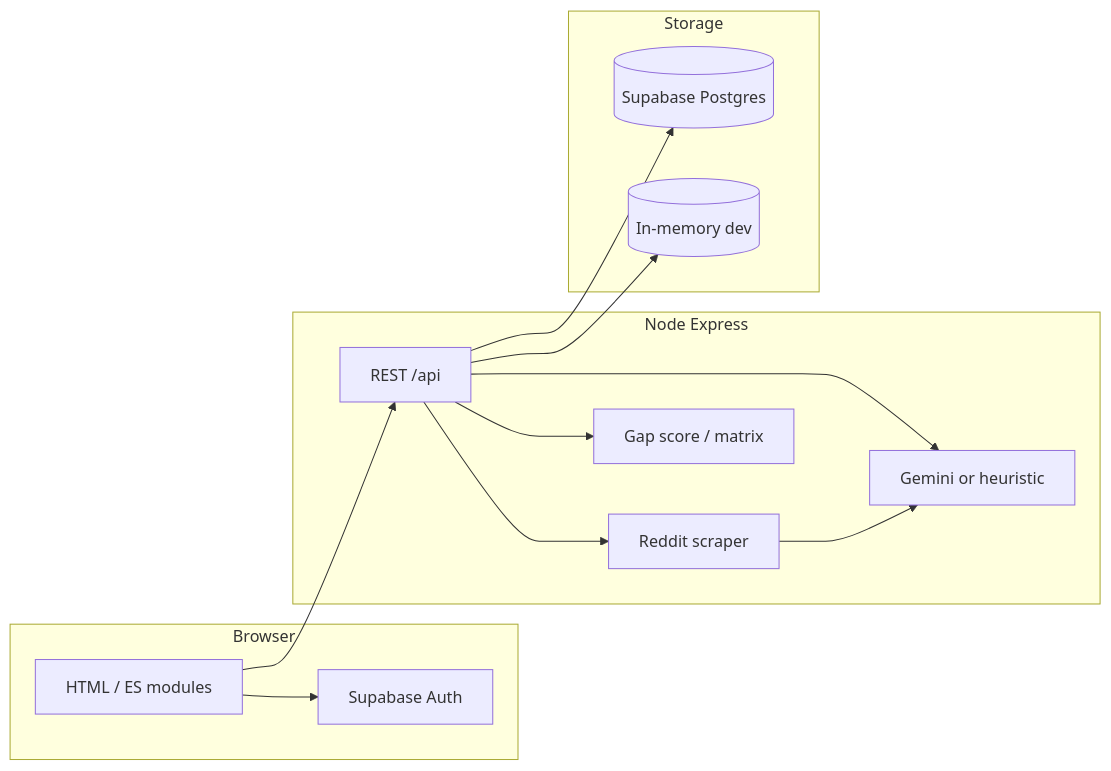
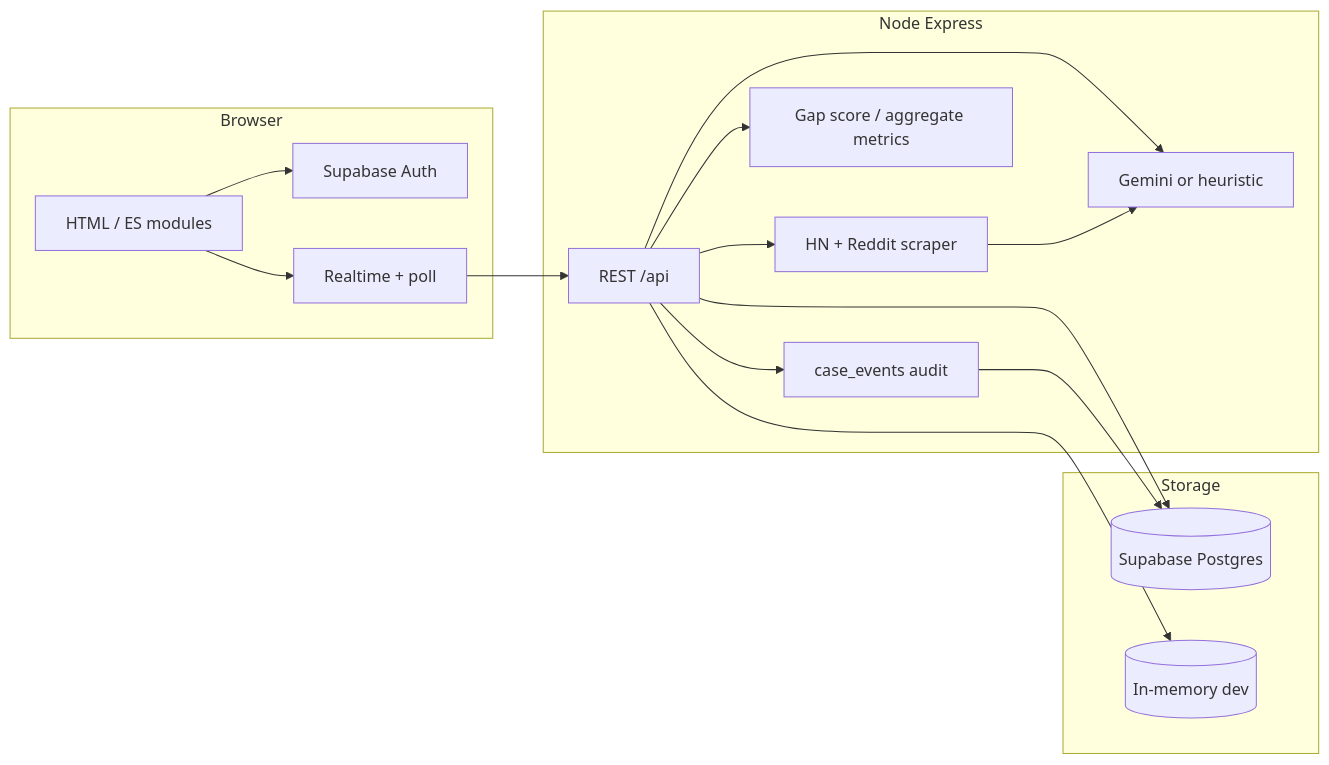
The diagram in docs/ARCHITECTURE.md (eehsnek/blemap), drawn with Mermaid before and after one commit. The commit also changed other lines of this file and 34 other files, not shown here.

First line of the commit message:
Add evolution roadmap: live updates, metrics, search, and submit coaching.

````diff
--- a/docs/ARCHITECTURE.md
+++ b/docs/ARCHITECTURE.md
@@ -5,25 +5,30 @@
 ```mermaid
 flowchart LR
   subgraph client [Browser]
     UI[HTML / ES modules]
     Auth[Supabase Auth]
+    RT[Realtime + poll]
   end
   subgraph server [Node Express]
     API[REST /api]
     AI[Gemini or heuristic]
-    SCR[Reddit scraper]
-    MET[Gap score / matrix]
+    SCR[HN + Reddit scraper]
+    MET[Gap score / aggregate metrics]
+    EVT[case_events audit]
   end
   subgraph data [Storage]
     DB[(Supabase Postgres)]
     MEM[(In-memory dev)]
   end
   UI --> Auth
-  UI --> API
+  UI --> RT
+  RT --> API
   API --> AI
   API --> SCR
   API --> MET
+  API --> EVT
   API --> DB
   API --> MEM
   SCR --> AI
+  EVT --> DB
 ```
````
